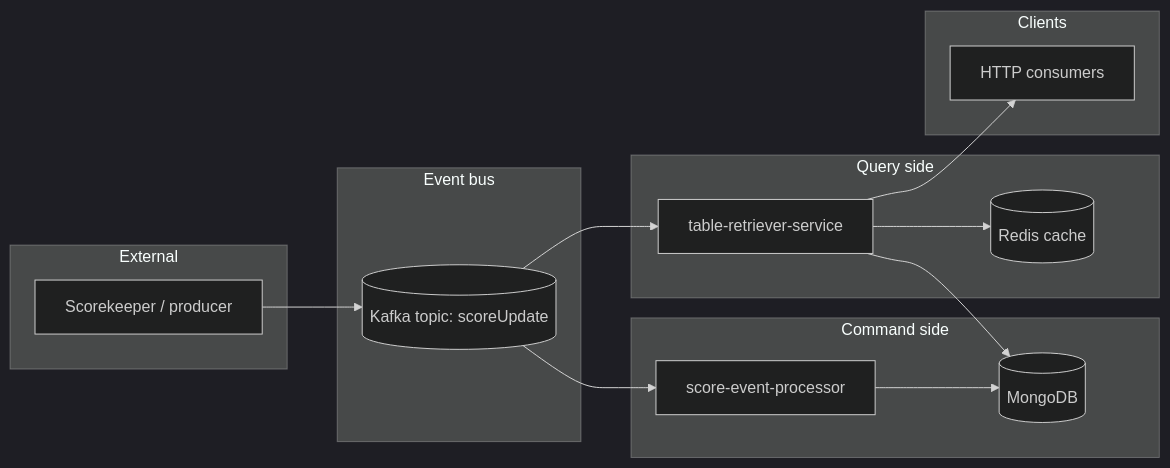
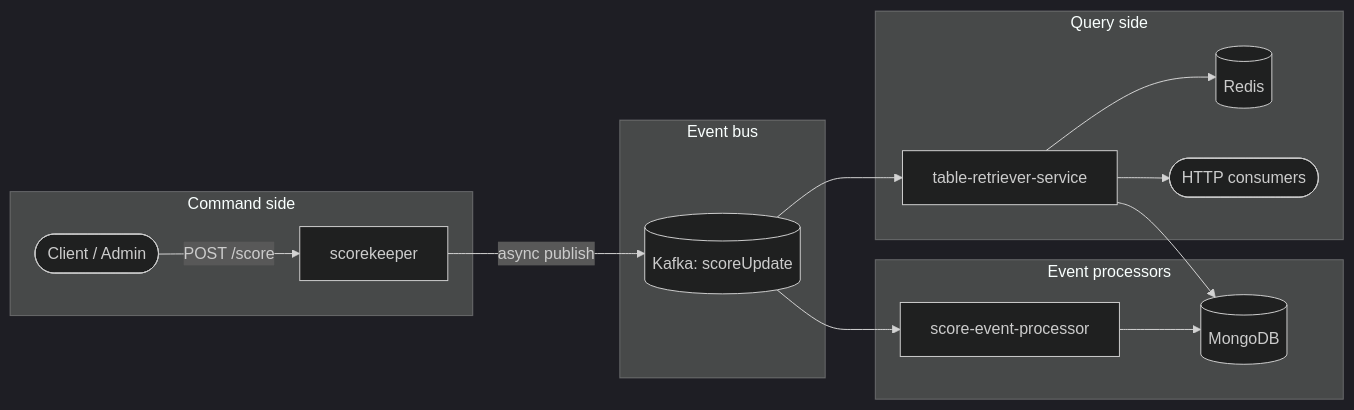
One commit to coder-gagan/league-table-management-system changed the diagram in README.md. Above: the diagram before and after it, drawn with Mermaid (dark theme). The commit also changed other lines of this file and 79 other files, not shown here.

````diff
--- a/README.md
+++ b/README.md
@@ -19,32 +21,31 @@
 ```mermaid
 flowchart LR
-  subgraph external [External]
-    SK[Scorekeeper / producer]
+  subgraph command [Command side]
+    Client([Client / Admin])
+    SK[scorekeeper]
+    Client -->|POST /score| SK
   end
 
   subgraph bus [Event bus]
-    K[(Kafka topic: scoreUpdate)]
+    K[(Kafka: scoreUpdate)]
   end
 
-  subgraph command [Command side]
+  subgraph projectors [Event processors]
     SEP[score-event-processor]
     MDB[(MongoDB)]
     SEP --> MDB
   end
 
   subgraph query [Query side]
     TRS[table-retriever-service]
-    REDIS[(Redis cache)]
+    REDIS[(Redis)]
+    API([HTTP consumers])
     TRS --> REDIS
     TRS --> MDB
+    TRS --> API
   end
 
-  subgraph clients [Clients]
-    API[HTTP consumers]
-  end
-
-  SK --> K
+  SK -->|async publish| K
   K --> SEP
   K --> TRS
-  TRS --> API
 ```
````
